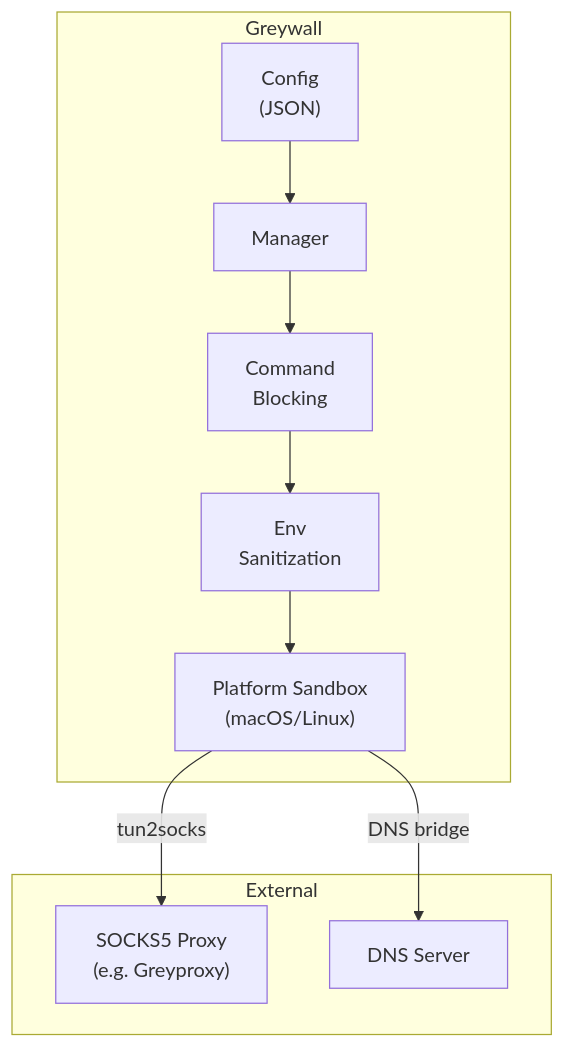
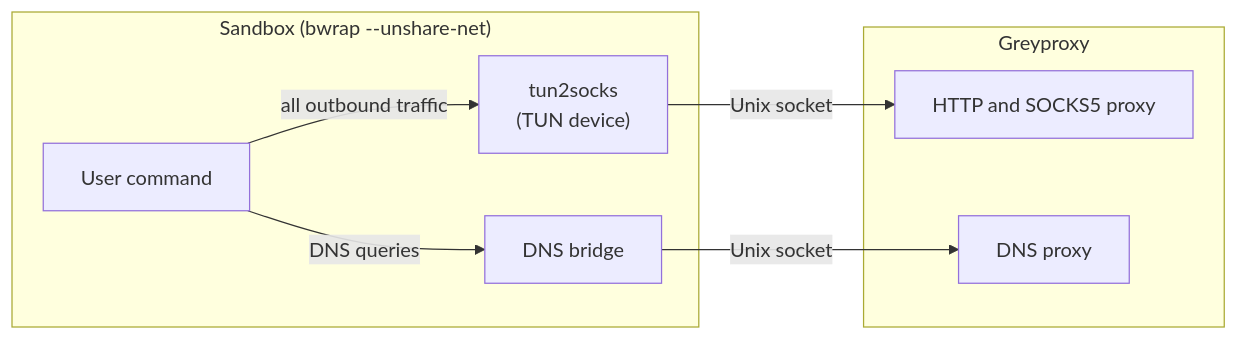
Before and after one commit to GreyhavenHQ/docs: the first of 2 diagrams in docs/greywall/architecture.md, drawn with Mermaid. The commit also changed other lines of this file and 4 other files, not shown here.

````diff
--- a/docs/greywall/architecture.md
+++ b/docs/greywall/architecture.md
@@ -15,22 +22,18 @@
 ```mermaid
-flowchart TB
-    subgraph Greywall
-        Config["Config<br/>(JSON)"]
-        Manager
-        CmdCheck["Command<br/>Blocking"]
-        EnvSanitize["Env<br/>Sanitization"]
-        Sandbox["Platform Sandbox<br/>(macOS/Linux)"]
+flowchart LR
+    subgraph Sandbox["Sandbox (bwrap --unshare-net)"]
+        CMD["User command"]
+        TUN["tun2socks<br/>(TUN device)"]
+        DNSBR["DNS bridge"]
     end
 
-    subgraph External
-        Proxy["SOCKS5 Proxy<br/>(e.g. Greyproxy)"]
-        DNS["DNS Server"]
+    subgraph Greyproxy
+        PROXY["HTTP and SOCKS5 proxy"]
+        DNSPROXY["DNS proxy"]
     end
 
-    Config --> Manager
-    Manager --> CmdCheck
-    CmdCheck --> EnvSanitize
-    EnvSanitize --> Sandbox
-    Sandbox -->|tun2socks| Proxy
-    Sandbox -->|DNS bridge| DNS
+    CMD -->|all outbound traffic| TUN
+    CMD -->|DNS queries| DNSBR
+    TUN -->|Unix socket| PROXY
+    DNSBR -->|Unix socket| DNSPROXY
 ```
````
